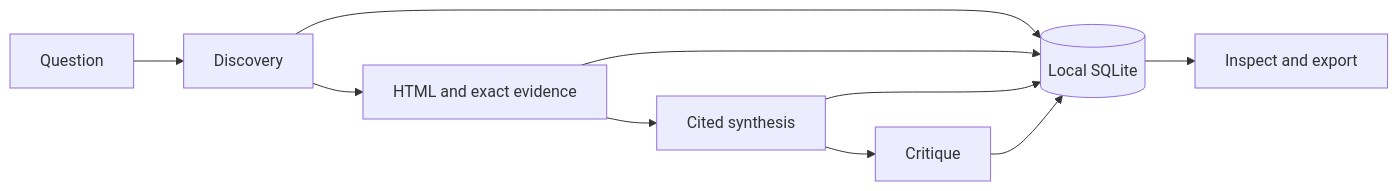
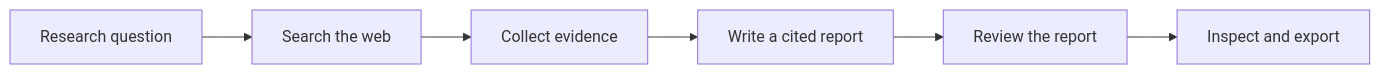
The diagram in README.md (ayatinkering/Synapse), drawn with Mermaid before and after one commit. The commit also changed other lines of this file and 1 other file, not shown here.

````diff
--- a/README.md
+++ b/README.md
@@ -29,9 +26,8 @@
 ```mermaid
 flowchart LR
-    Q[Question] --> D[Discovery]
-    D --> A[HTML and exact evidence]
-    A --> S[Cited synthesis]
-    S --> C[Critique]
-    D & A & S & C --> DB[(Local SQLite)]
-    DB --> E[Inspect and export]
+    Q[Research question] --> S[Search the web]
+    S --> E[Collect evidence]
+    E --> R[Write a cited report]
+    R --> C[Review the report]
+    C --> X[Inspect and export]
 ```
````
